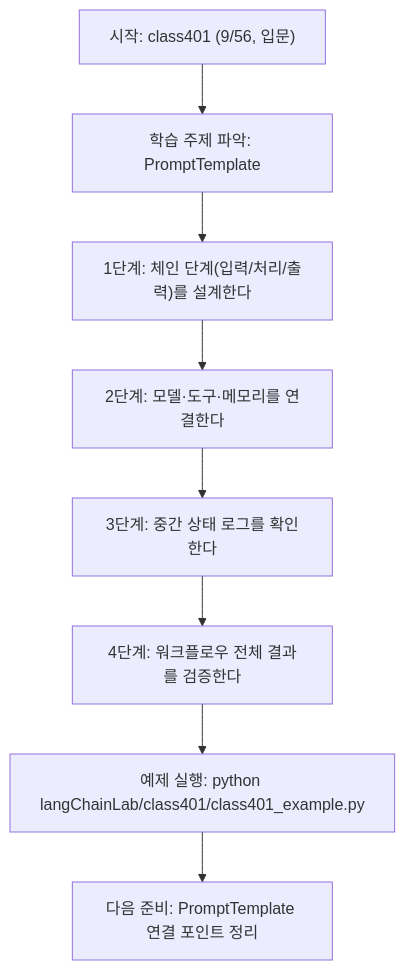
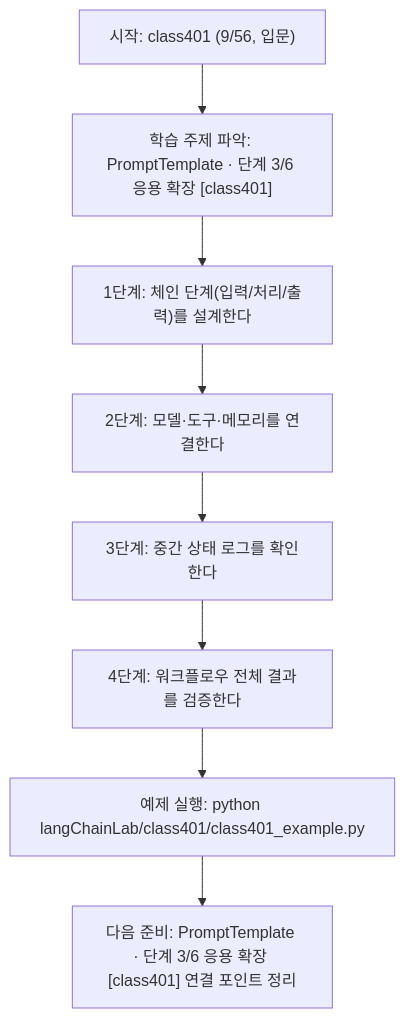
Before and after one commit to edumgt/Python-AI_Agent-Class: the diagram in langChainLab/class401/class401.md, drawn with Mermaid. The commit also changed other lines of this file and 522 other files, not shown here.

````diff
--- a/langChainLab/class401/class401.md
+++ b/langChainLab/class401/class401.md
@@ -107,18 +108,18 @@
 ```mermaid
 flowchart TD
 N1["시작: class401 (9/56, 입문)"]
-N2["학습 주제 파악: PromptTemplate"]
+N2["학습 주제 파악: PromptTemplate · 단계 3/6 응용 확장 [class401]"]
 N3["1단계: 체인 단계(입력/처리/출력)를 설계한다"]
 N4["2단계: 모델·도구·메모리를 연결한다"]
 N5["3단계: 중간 상태 로그를 확인한다"]
 N6["4단계: 워크플로우 전체 결과를 검증한다"]
 N7["예제 실행: python langChainLab/class401/class401_example.py"]
-N8["다음 준비: PromptTemplate 연결 포인트 정리"]
+N8["다음 준비: PromptTemplate · 단계 3/6 응용 확장 [class401] 연결 포인트 정리"]
 N1 --> N2
 N2 --> N3
 N3 --> N4
 N4 --> N5
 N5 --> N6
 N6 --> N7
 N7 --> N8
 ```
````
